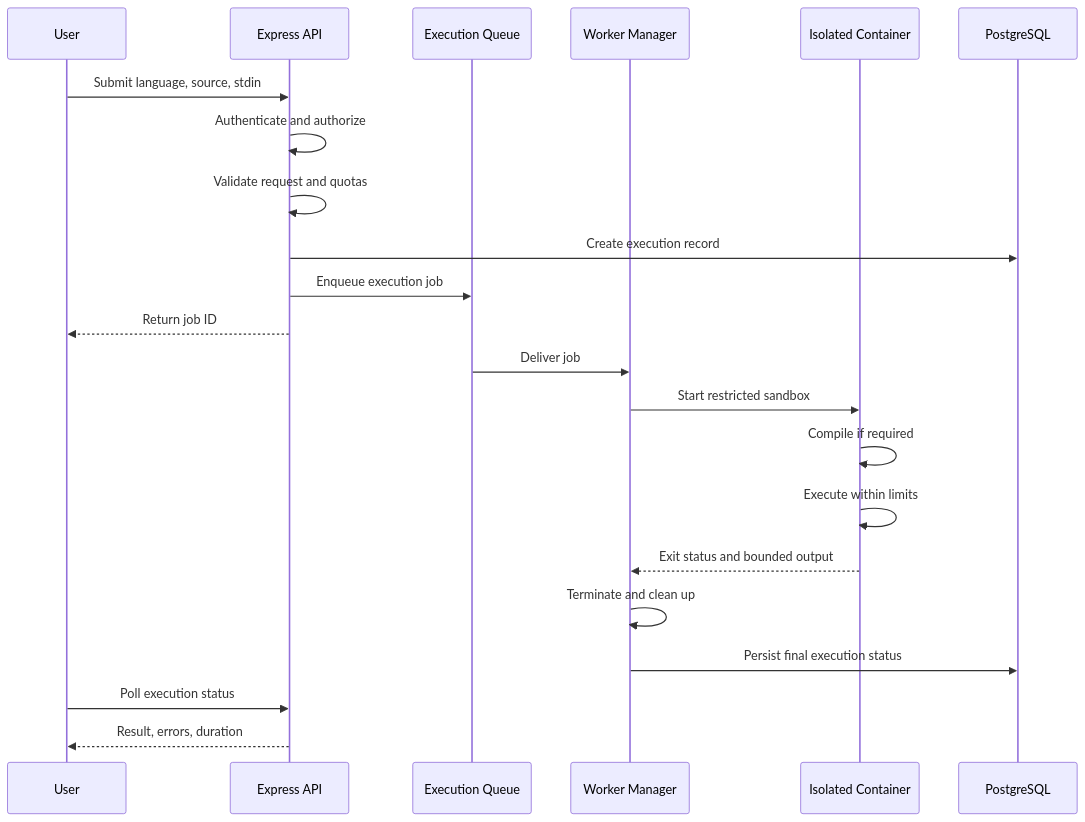
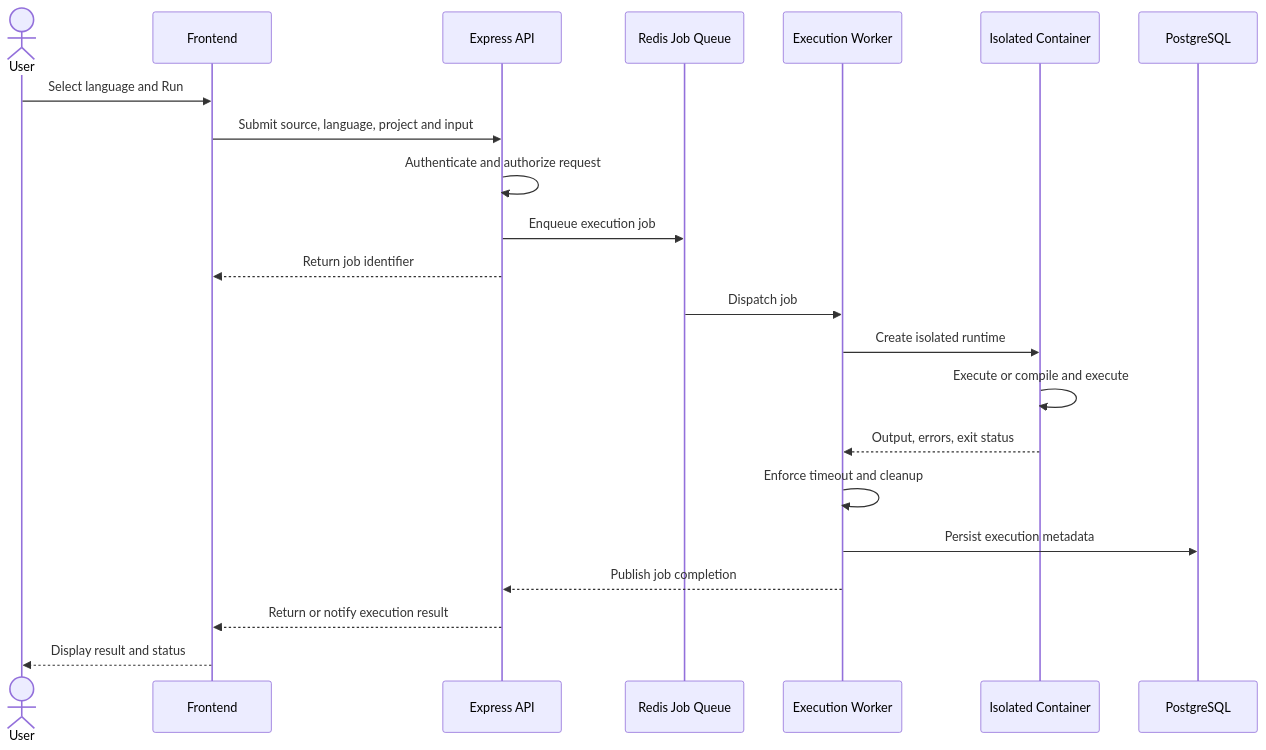
Before and after one commit to alokprasad573/Real-Time-Collaborative-Code-Editor: the fourth of 8 diagrams in SYSTEM_ARCHITECTURE.md, drawn with Mermaid. The commit also changed other lines of this file, not shown here.

First line of the commit message:
Revise SYSTEM_ARCHITECTURE.md for version 2.0

````diff
--- a/SYSTEM_ARCHITECTURE.md
+++ b/SYSTEM_ARCHITECTURE.md
@@ -230,26 +419,26 @@
 ```mermaid
 sequenceDiagram
-    participant U as User
+    actor U as User
+    participant FE as Frontend
     participant API as Express API
-    participant Q as Execution Queue
-    participant W as Worker Manager
-    participant C as Isolated Container
+    participant Q as Redis Job Queue
+    participant W as Execution Worker
+    participant SB as Isolated Container
     participant DB as PostgreSQL
 
-    U->>API: Submit language, source, stdin
-    API->>API: Authenticate and authorize
-    API->>API: Validate request and quotas
-    API->>DB: Create execution record
+    U->>FE: Select language and Run
+    FE->>API: Submit source, language, project and input
+    API->>API: Authenticate and authorize request
     API->>Q: Enqueue execution job
-    API-->>U: Return job ID
+    API-->>FE: Return job identifier
 
-    Q->>W: Deliver job
-    W->>C: Start restricted sandbox
-    C->>C: Compile if required
-    C->>C: Execute within limits
-    C-->>W: Exit status and bounded output
-    W->>W: Terminate and clean up
-    W->>DB: Persist final execution status
-    U->>API: Poll execution status
-    API-->>U: Result, errors, duration
+    Q->>W: Dispatch job
+    W->>SB: Create isolated runtime
+    SB->>SB: Execute or compile and execute
+    SB-->>W: Output, errors, exit status
+    W->>W: Enforce timeout and cleanup
+    W->>DB: Persist execution metadata
+    W-->>API: Publish job completion
+    API-->>FE: Return or notify execution result
+    FE-->>U: Display result and status
 ```
````
